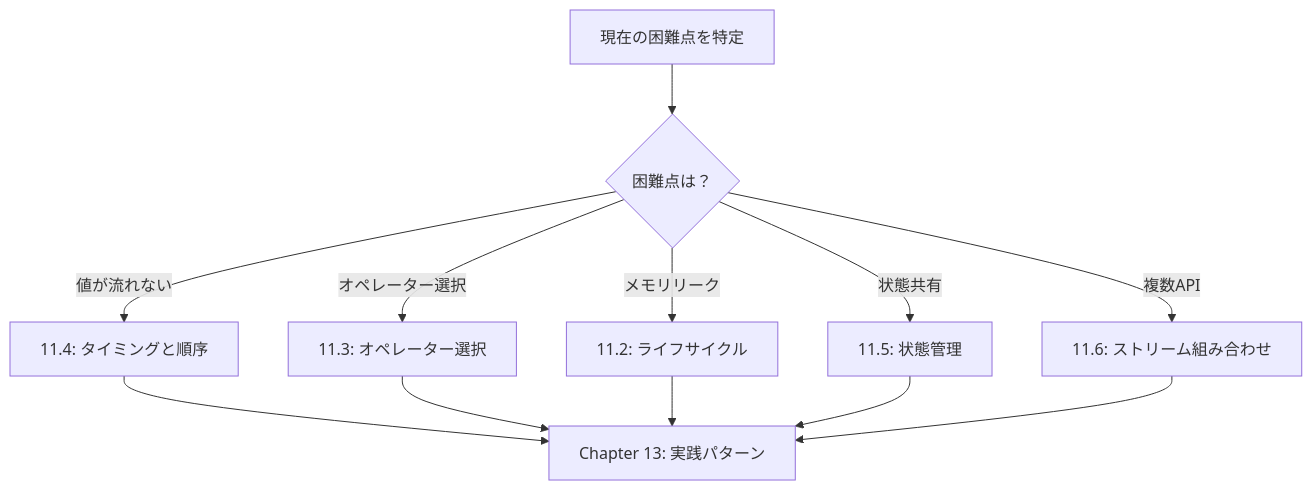
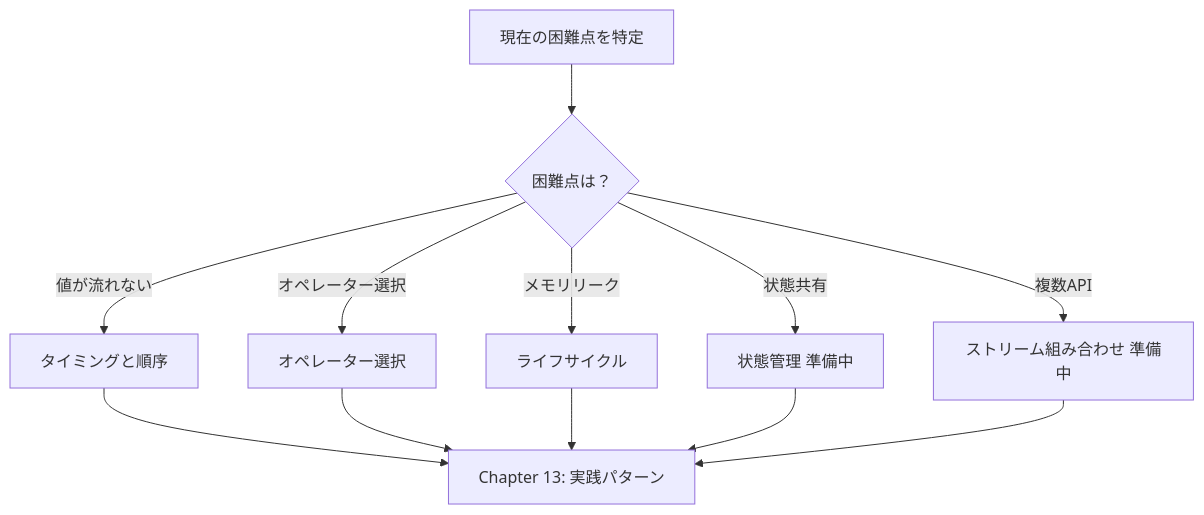
The second of 3 diagrams in docs/guide/overcoming-difficulties/index.md (shuji-bonji/RxJS-with-TypeScript), drawn with Mermaid before and after one commit. The commit also changed other lines of this file and 6 other files, not shown here.

````diff
--- a/docs/guide/overcoming-difficulties/index.md
+++ b/docs/guide/overcoming-difficulties/index.md
@@ -123,14 +124,14 @@
 ```mermaid
 graph TD
     A[現在の困難点を特定] --> B{困難点は？}
-    B -->|値が流れない| C[11.4: タイミングと順序]
-    B -->|オペレーター選択| D[11.3: オペレーター選択]
-    B -->|メモリリーク| E[11.2: ライフサイクル]
-    B -->|状態共有| F[11.5: 状態管理]
-    B -->|複数API| G[11.6: ストリーム組み合わせ]
+    B -->|値が流れない| C[タイミングと順序]
+    B -->|オペレーター選択| D[オペレーター選択]
+    B -->|メモリリーク| E[ライフサイクル]
+    B -->|状態共有| F[状態管理 準備中]
+    B -->|複数API| G[ストリーム組み合わせ 準備中]
     C --> H[Chapter 13: 実践パターン]
     D --> H
     E --> H
     F --> H
     G --> H
 ```
````
